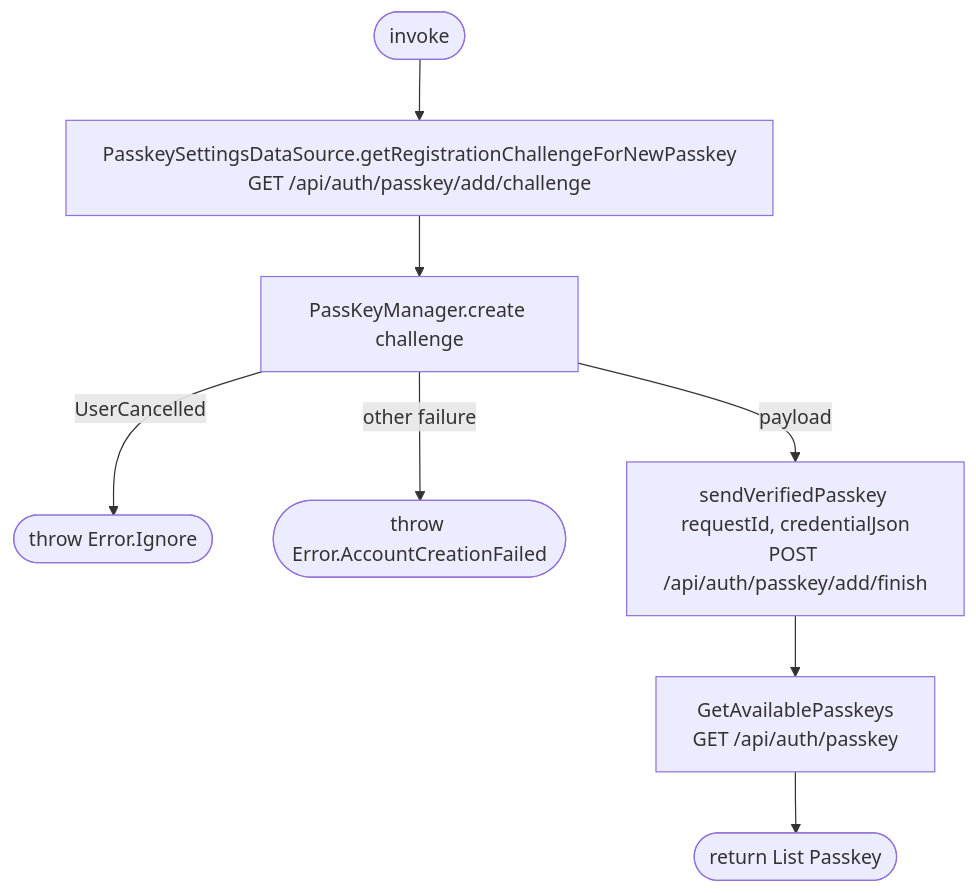
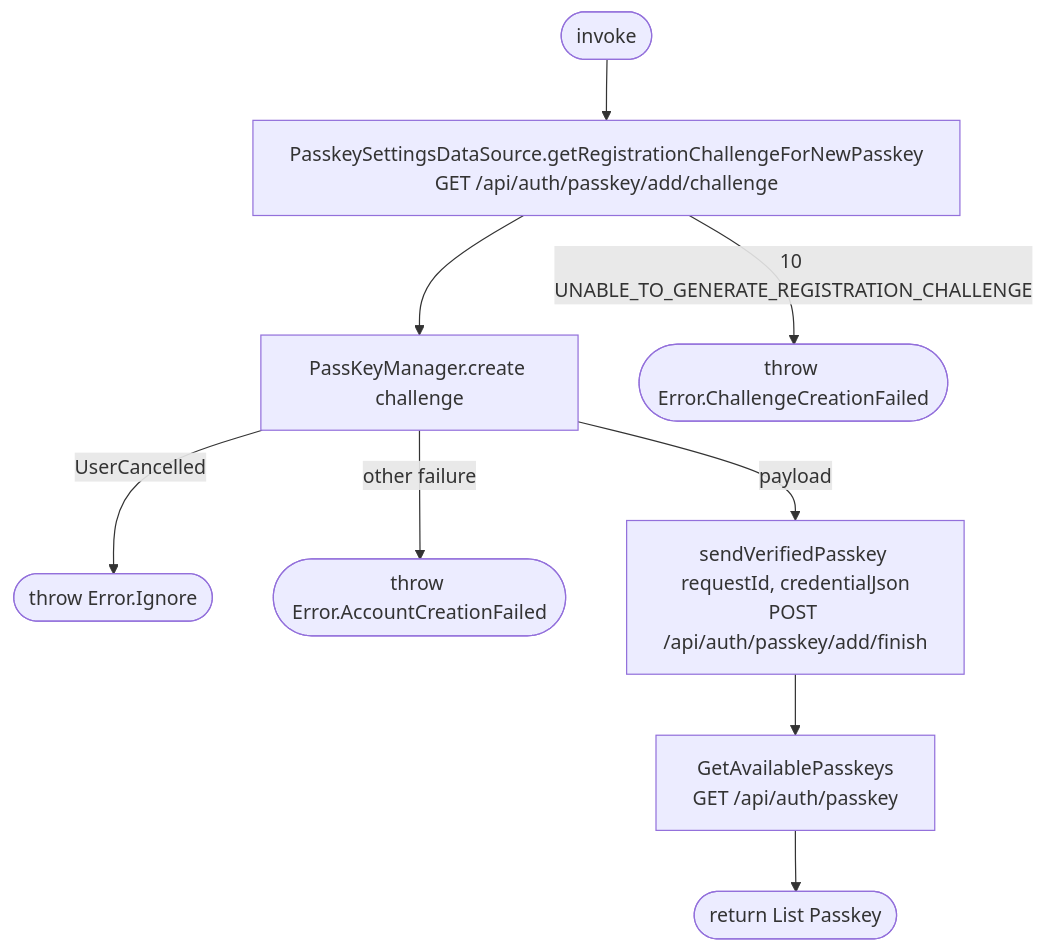
One commit to nocturneproperties/bookkme-client changed the diagram in docs/operations/settings/create-new-passkey.md. Above: the diagram before and after it, drawn with Mermaid. The commit also changed 223 other files, not shown here.

````diff
--- a/docs/operations/settings/create-new-passkey.md
+++ b/docs/operations/settings/create-new-passkey.md
@@ -10,10 +10,11 @@
 ```mermaid
 flowchart TD
     Start([invoke]) --> Ch[PasskeySettingsDataSource.getRegistrationChallengeForNewPasskey<br/>GET /api/auth/passkey/add/challenge]
     Ch --> PK[PassKeyManager.create challenge]
+    Ch -- 10 UNABLE_TO_GENERATE_REGISTRATION_CHALLENGE --> E2([throw Error.ChallengeCreationFailed])
     PK -- UserCancelled --> Ign([throw Error.Ignore])
     PK -- other failure --> E1([throw Error.AccountCreationFailed])
     PK -- payload --> Fin[sendVerifiedPasskey requestId, credentialJson<br/>POST /api/auth/passkey/add/finish]
     Fin --> List[GetAvailablePasskeys<br/>GET /api/auth/passkey]
     List --> R([return List Passkey])
 ```
````
